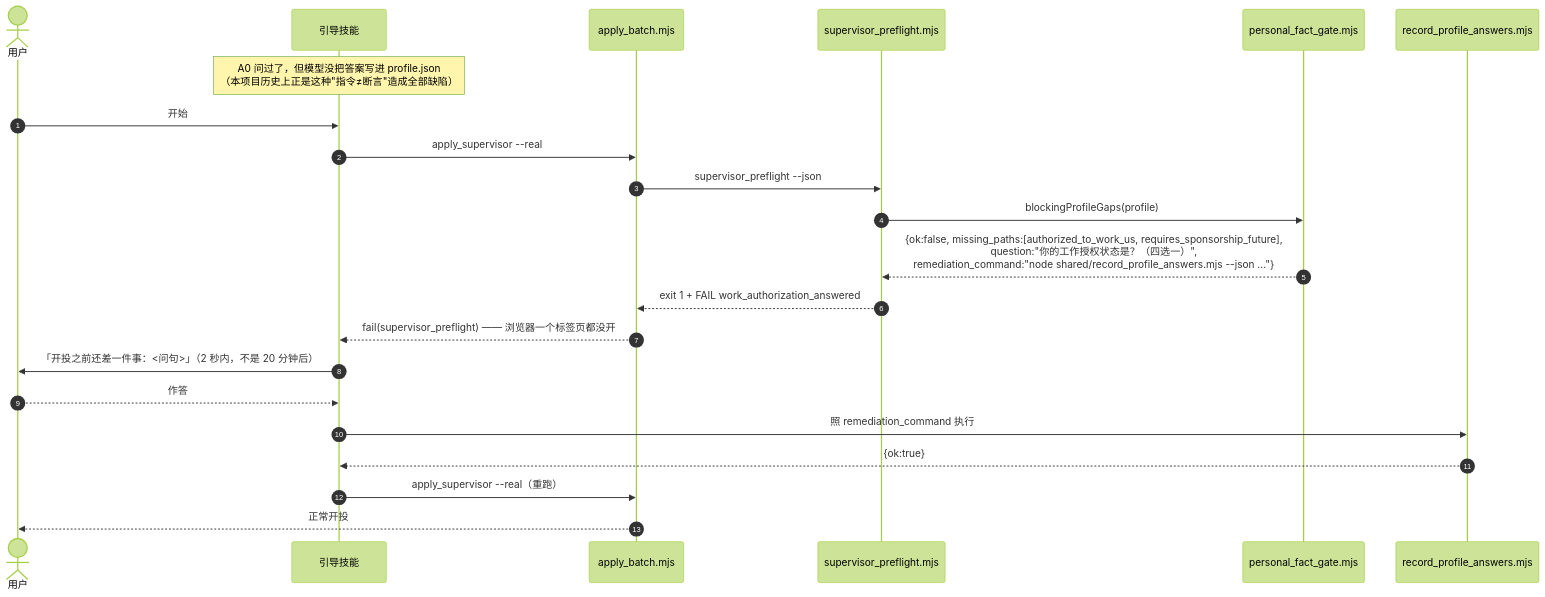
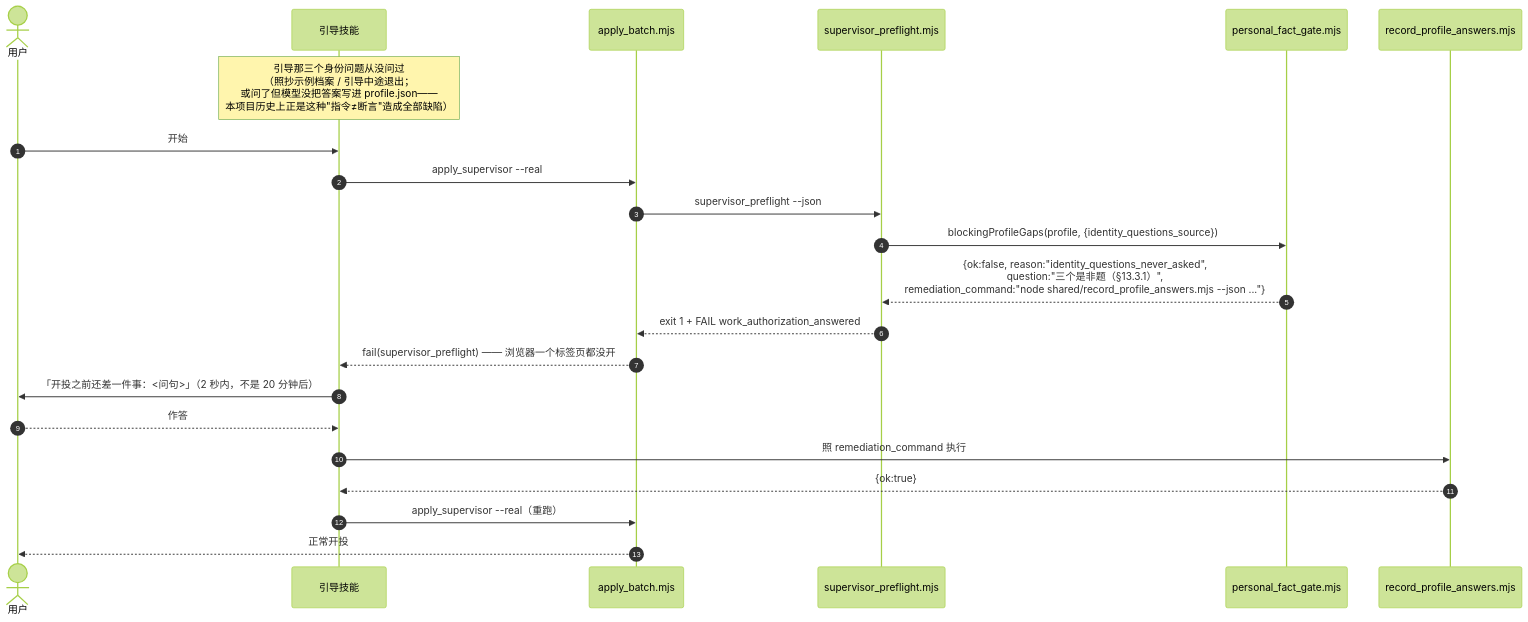
The third of 5 diagrams in docs/active/2026-07-23_product-blueprint_DESIGN.md (glin23/ats-skills), drawn with Mermaid (forest theme) before and after one commit. The commit also changed other lines of this file and 16 other files, not shown here.

````diff
--- a/docs/active/2026-07-23_product-blueprint_DESIGN.md
+++ b/docs/active/2026-07-23_product-blueprint_DESIGN.md
@@ -602,25 +663,25 @@
 ```mermaid
 sequenceDiagram
     autonumber
     actor U as 用户
     participant SK as 引导技能
     participant BATCH as apply_batch.mjs
     participant PRE as supervisor_preflight.mjs
     participant GATE as personal_fact_gate.mjs
     participant REC as record_profile_answers.mjs
 
-    Note over SK: A0 问过了，但模型没把答案写进 profile.json<br/>（本项目历史上正是这种"指令≠断言"造成全部缺陷）
+    Note over SK: 引导那三个身份问题从没问过<br/>（照抄示例档案 / 引导中途退出；<br/>或问了但模型没把答案写进 profile.json——<br/>本项目历史上正是这种"指令≠断言"造成全部缺陷）
     U->>SK: 开始
     SK->>BATCH: apply_supervisor --real
     BATCH->>PRE: supervisor_preflight --json
-    PRE->>GATE: blockingProfileGaps(profile)
-    GATE-->>PRE: {ok:false, missing_paths:[authorized_to_work_us, requires_sponsorship_future],<br/>question:"你的工作授权状态是？（四选一）",<br/>remediation_command:"node shared/record_profile_answers.mjs --json ..."}
+    PRE->>GATE: blockingProfileGaps(profile, {identity_questions_source})
+    GATE-->>PRE: {ok:false, reason:"identity_questions_never_asked",<br/>question:"三个是非题（§13.3.1）",<br/>remediation_command:"node shared/record_profile_answers.mjs --json ..."}
     PRE-->>BATCH: exit 1 + FAIL work_authorization_answered
     BATCH-->>SK: fail(supervisor_preflight) —— 浏览器一个标签页都没开
     SK->>U: 「开投之前还差一件事：<问句>」（2 秒内，不是 20 分钟后）
     U-->>SK: 作答
     SK->>REC: 照 remediation_command 执行
     REC-->>SK: {ok:true}
     SK->>BATCH: apply_supervisor --real（重跑）
     BATCH-->>U: 正常开投
 ```
````
